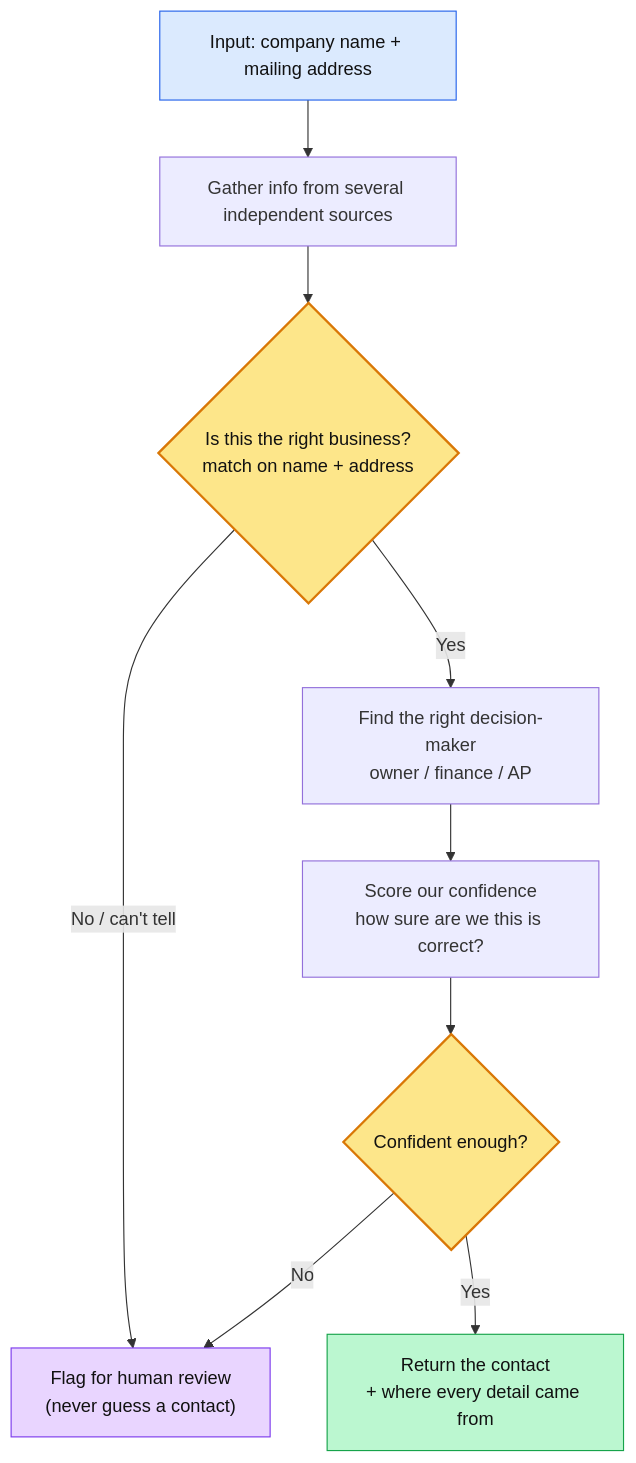
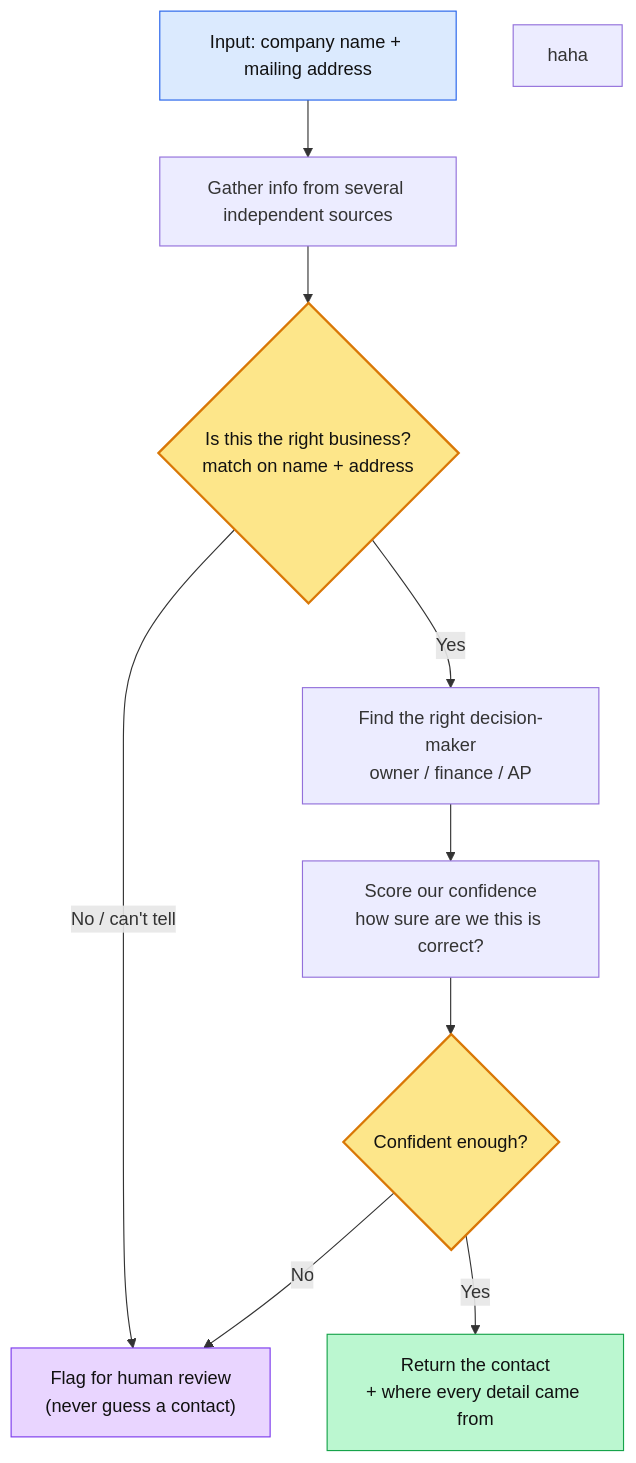
The diagram in PLAN (3).md (Heisenberg1607/Sonia-growth-take-home), drawn with Mermaid before and after one commit.

````diff
--- a/PLAN (3).md
+++ b/PLAN (3).md
@@ -19,21 +19,22 @@
 ```mermaid
 flowchart TD
     A["Input: company name + mailing address"] --> B["Gather info from several independent sources"]
     B --> C{"Is this the right business?<br/>match on name + address"}
     C -->|"No / can't tell"| H["Flag for human review<br/>(never guess a contact)"]
     C -->|"Yes"| D["Find the right decision-maker<br/>owner / finance / AP"]
     D --> E["Score our confidence<br/>how sure are we this is correct?"]
     E --> F{"Confident enough?"}
     F -->|"Yes"| G["Return the contact<br/>+ where every detail came from"]
     F -->|"No"| H
 
+haha
     classDef start fill:#dbeafe,stroke:#2563eb,color:#111;
     classDef check fill:#fde68a,stroke:#d97706,color:#111,stroke-width:2px;
     classDef good fill:#bbf7d0,stroke:#16a34a,color:#111;
     classDef review fill:#e9d5ff,stroke:#7c3aed,color:#111;
 
     class A start;
     class C,F check;
     class G good;
     class H review;
 ```
````
